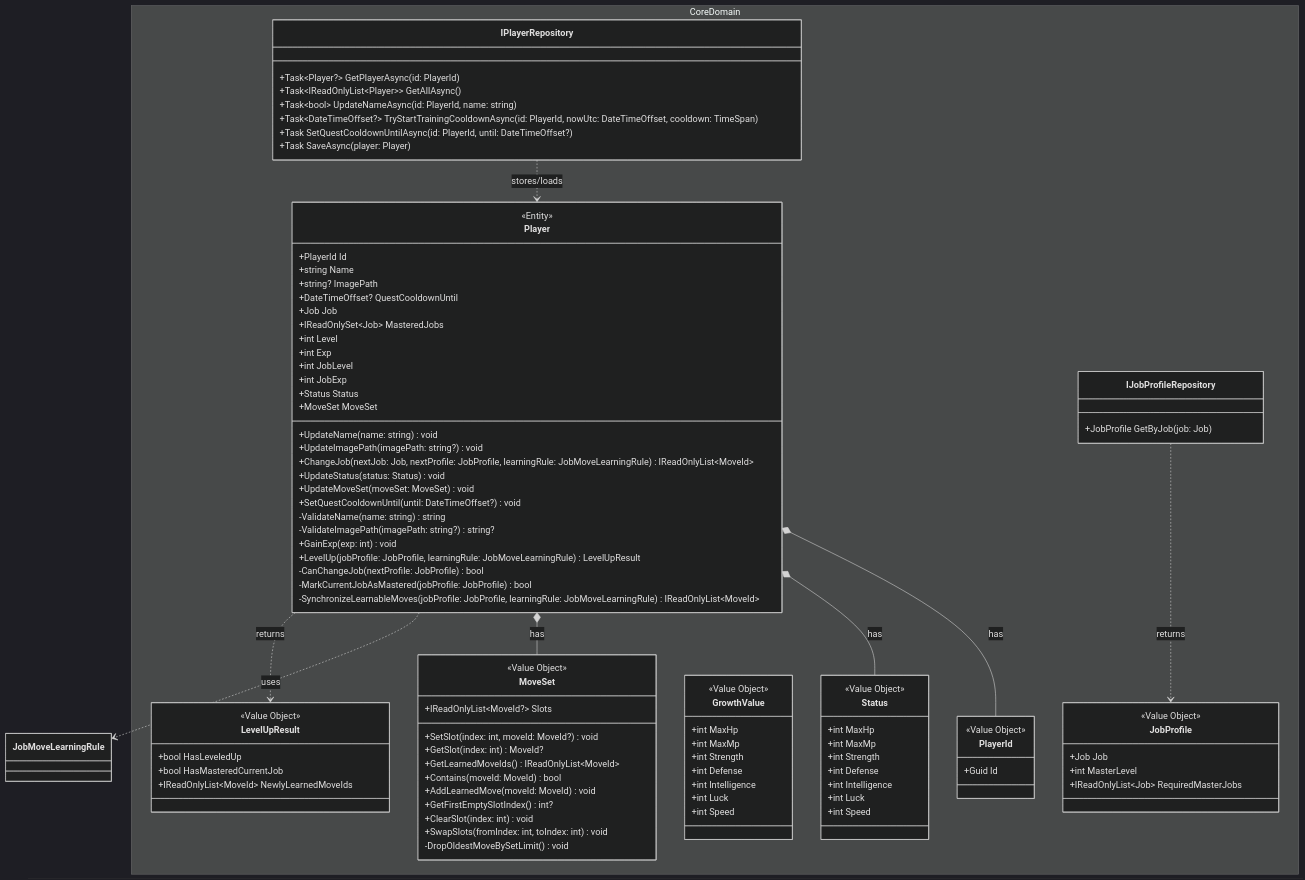
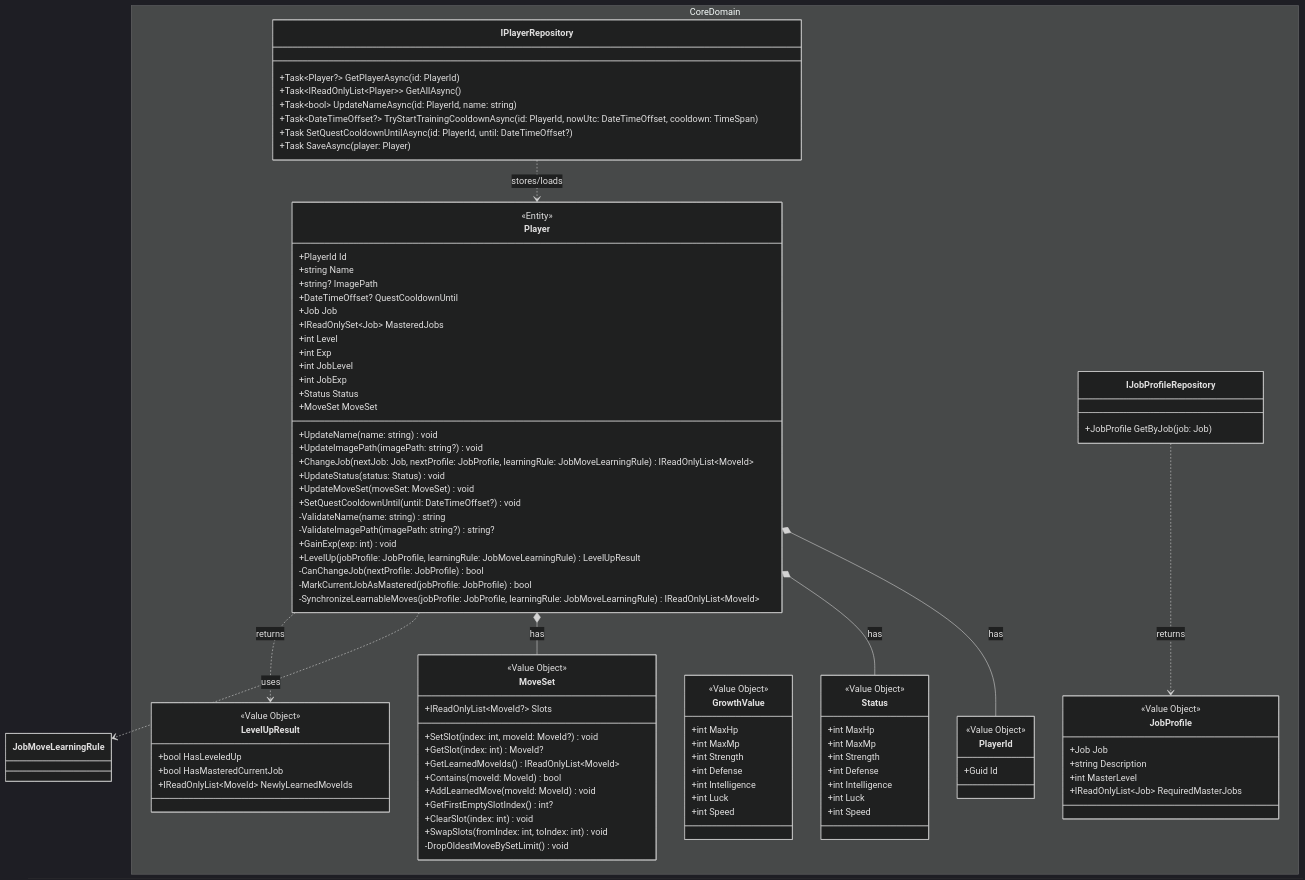
Before and after one commit to ayumu203/nisekue: the diagram in docs/MMD01_CoreDomain.mmd, drawn with Mermaid (dark theme). The commit also changed 5 other files, not shown here.

```diff
--- a/docs/MMD01_CoreDomain.mmd
+++ b/docs/MMD01_CoreDomain.mmd
@@ -1,119 +1,120 @@
 classDiagram
     %% Enum 定義は docs/MMD21_Enum.mmd を参照
     namespace CoreDomain {
         %% Player の基本情報
         class Player {
             <<Entity>>
             +PlayerId Id
             +string Name
             +string? ImagePath
             +DateTimeOffset? QuestCooldownUntil
             +Job Job
             +IReadOnlySet~Job~ MasteredJobs
             +int Level
             +int Exp
             +int JobLevel
             +int JobExp
             +Status Status
             +MoveSet MoveSet
             +UpdateName(name: string) void
             +UpdateImagePath(imagePath: string?) void
             +ChangeJob(nextJob: Job, nextProfile: JobProfile, learningRule: JobMoveLearningRule) IReadOnlyList~MoveId~
             +UpdateStatus(status: Status) void
             +UpdateMoveSet(moveSet: MoveSet) void
             +SetQuestCooldownUntil(until: DateTimeOffset?) void
             -ValidateName(name: string) string
             -ValidateImagePath(imagePath: string?) string?
             +GainExp(exp: int) void
             +LevelUp(jobProfile: JobProfile, learningRule: JobMoveLearningRule) LevelUpResult
             -CanChangeJob(nextProfile: JobProfile) bool
             -MarkCurrentJobAsMastered(jobProfile: JobProfile) bool
             -SynchronizeLearnableMoves(jobProfile: JobProfile, learningRule: JobMoveLearningRule) IReadOnlyList~MoveId~
         }
 
         %% 転職ルール:
         %% - 同一ジョブへの転職は不可
         %% - Apprentice は初期ジョブ専用で転職先には含めない
         %% - required_master_job_* が未設定の現行ジョブは Player Level 5 以上で転職可能
         %% - 将来の上級職は required_master_job_* に定義した全ジョブの mastered を要求
         %% - 転職時に技は習得しない。技習得は LevelUp 時のみ行う
         %% - Level / Exp はプレイヤー共通の成長値でジョブ変更では維持する
         %% - JobLevel / JobExp は現在職専用の値で、転職時に 1 / 0 へリセットする
         %% - ステータス成長、技習得、ジョブマスター判定は JobLevel を使う
 
         class PlayerId {
             <<Value Object>>
             +Guid Id
         }
 
         class Status {
             <<Value Object>>
             +int MaxHp
             +int MaxMp
             +int Strength
             +int Defense
             +int Intelligence
             +int Luck
             +int Speed
         }
 
         class GrowthValue {
             <<Value Object>>
             +int MaxHp
             +int MaxMp
             +int Strength
             +int Defense
             +int Intelligence
             +int Luck
             +int Speed
         }
 
         class JobProfile {
             <<Value Object>>
             +Job Job
+            +string Description
             +int MasterLevel
             +IReadOnlyList~Job~ RequiredMasterJobs
         }
 
         class LevelUpResult {
             <<Value Object>>
             +bool HasLeveledUp
             +bool HasMasteredCurrentJob
             +IReadOnlyList~MoveId~ NewlyLearnedMoveIds
         }
 
         class MoveSet {
             <<Value Object>>
             +IReadOnlyList~MoveId?~ Slots
             +SetSlot(index: int, moveId: MoveId?) void
             +GetSlot(index: int) MoveId?
             +GetLearnedMoveIds() IReadOnlyList~MoveId~
             +Contains(moveId: MoveId) bool
             +AddLearnedMove(moveId: MoveId) void
             +GetFirstEmptySlotIndex() int?
             +ClearSlot(index: int) void
             +SwapSlots(fromIndex: int, toIndex: int) void
             -DropOldestMoveBySetLimit() void
         }
 
         class IPlayerRepository {
             +Task~Player?~ GetPlayerAsync(id: PlayerId)
             +Task~IReadOnlyList~Player~~ GetAllAsync()
             +Task~bool~ UpdateNameAsync(id: PlayerId, name: string)
             +Task~DateTimeOffset?~ TryStartTrainingCooldownAsync(id: PlayerId, nowUtc: DateTimeOffset, cooldown: TimeSpan)
             +Task SetQuestCooldownUntilAsync(id: PlayerId, until: DateTimeOffset?)
             +Task SaveAsync(player: Player)
         }
 
         class IJobProfileRepository {
             +JobProfile GetByJob(job: Job)
         }
     }
 
     Player *-- PlayerId : has
     Player *-- Status : has
     Player *-- MoveSet : has
     Player ..> JobMoveLearningRule : uses
     Player ..> LevelUpResult : returns
     IJobProfileRepository ..> JobProfile : returns
     IPlayerRepository ..> Player : stores/loads
```
